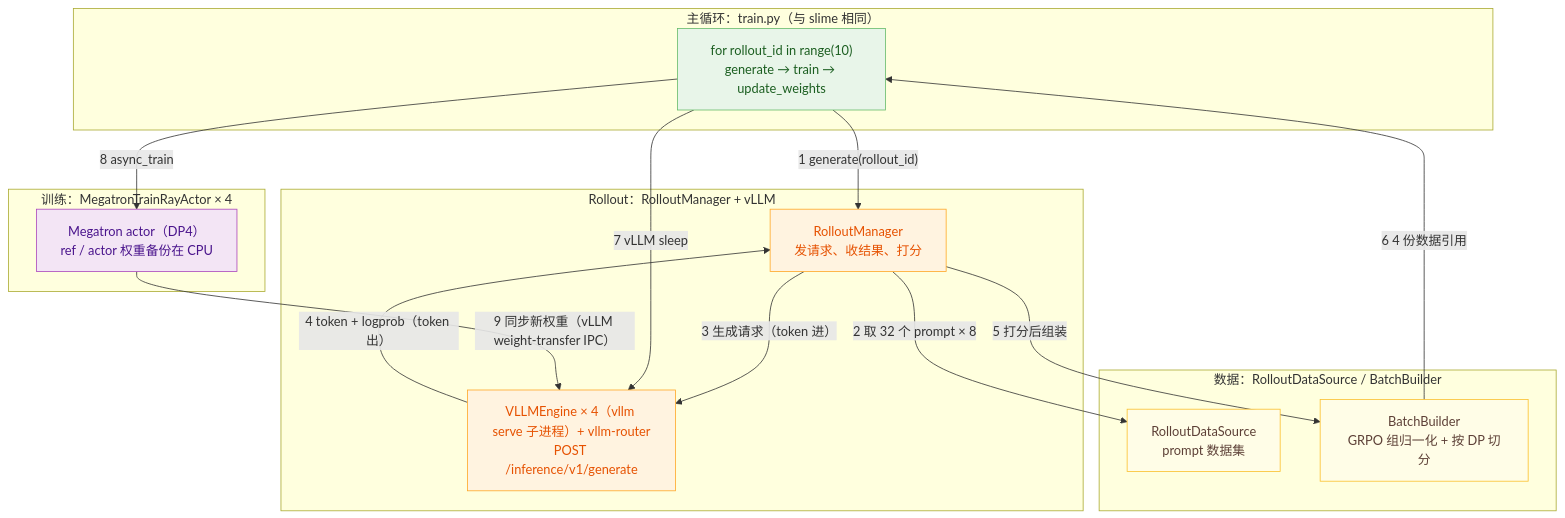
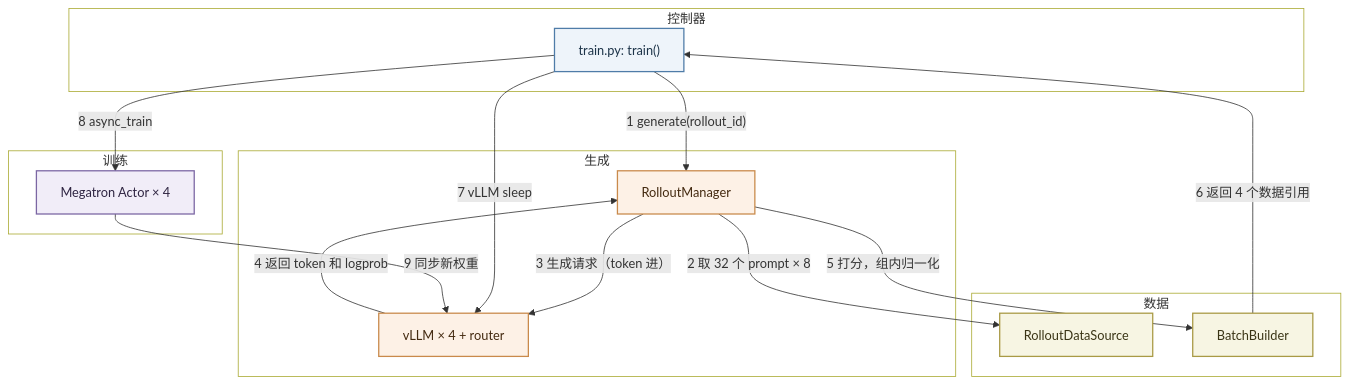
One commit to lxy-alexander/VoidIndex changed the first of 3 diagrams in src/content/posts/vime-study-notes.md. Above: the diagram before and after it, drawn with Mermaid. The commit also changed other lines of this file and 4 other files, not shown here.

````diff
--- a/src/content/posts/vime-study-notes.md
+++ b/src/content/posts/vime-study-notes.md
@@ -34,34 +30,38 @@
 ```mermaid
 flowchart TB
-    subgraph DRV["主循环：train.py（与 slime 相同）"]
-        D["for rollout_id in range(10)<br/>generate → train → update_weights"]
+    subgraph CTRL["控制器"]
+        T["train.py: train()"]
     end
-    subgraph ROLL["Rollout：RolloutManager + vLLM"]
-        RM["RolloutManager<br/>发请求、收结果、打分"]
-        VL["VLLMEngine × 4（vllm serve 子进程）+ vllm-router<br/>POST /inference/v1/generate"]
+    subgraph GEN["生成"]
+        RM["RolloutManager"]
+        VL["vLLM × 4 + router"]
     end
-    subgraph DATA["数据：RolloutDataSource / BatchBuilder"]
-        DS["RolloutDataSource<br/>prompt 数据集"]
-        BB["BatchBuilder<br/>GRPO 组归一化 + 按 DP 切分"]
+    subgraph DATA["数据"]
+        DS["RolloutDataSource"]
+        BB["BatchBuilder"]
     end
-    subgraph TRAIN["训练：MegatronTrainRayActor × 4"]
-        A["Megatron actor（DP4）<br/>ref / actor 权重备份在 CPU"]
+    subgraph TRAIN["训练"]
+        A["Megatron Actor × 4"]
     end
-
-    D -- "1 generate(rollout_id)" --> RM
+    T -- "1 generate(rollout_id)" --> RM
     RM -- "2 取 32 个 prompt × 8" --> DS
     RM -- "3 生成请求（token 进）" --> VL
-    VL -- "4 token + logprob（token 出）" --> RM
-    RM -- "5 打分后组装" --> BB
-    BB -- "6 4 份数据引用" --> D
-    D -- "7 vLLM sleep" --> VL
-    D -- "8 async_train" --> A
-    A -- "9 同步新权重（vLLM weight-transfer IPC）" --> VL
-
-    style D fill:#E8F5E9,stroke:#66BB6A,color:#1B5E20
-    style RM fill:#FFF3E0,stroke:#FFA726,color:#E65100
-    style VL fill:#FFF3E0,stroke:#FFA726,color:#E65100
-    style DS fill:#FFFDE7,stroke:#FBC02D,color:#5D4037
-    style BB fill:#FFFDE7,stroke:#FBC02D,color:#5D4037
-    style A fill:#F3E5F5,stroke:#AB47BC,color:#4A148C
+    VL -- "4 返回 token 和 logprob" --> RM
+    RM -- "5 打分，组内归一化" --> BB
+    BB -- "6 返回 4 个数据引用" --> T
+    T -- "7 vLLM sleep" --> VL
+    T -- "8 async_train" --> A
+    A -- "9 同步新权重" --> VL
+    style CTRL fill:transparent
+    style GEN fill:transparent
+    style DATA fill:transparent
+    style TRAIN fill:transparent
+    classDef ctrl fill:#EEF4FA,stroke:#4F7CA8,stroke-width:1.6px,color:#1D3449
+    classDef gen fill:#FDF1E6,stroke:#C98A4B,stroke-width:1.6px,color:#43290F
+    classDef data fill:#F7F5E3,stroke:#A99A45,stroke-width:1.6px,color:#3A3415
+    classDef train fill:#F1EDF8,stroke:#7B66A3,stroke-width:1.6px,color:#2E2441
+    class T ctrl
+    class RM,VL gen
+    class DS,BB data
+    class A train
 ```
````
